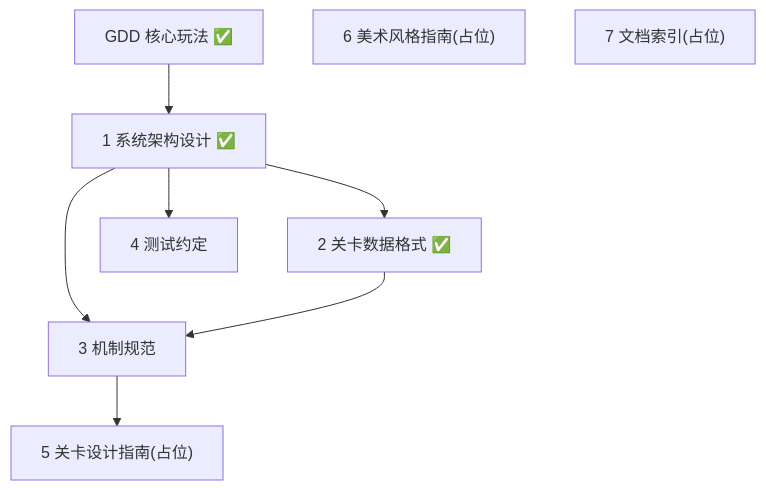
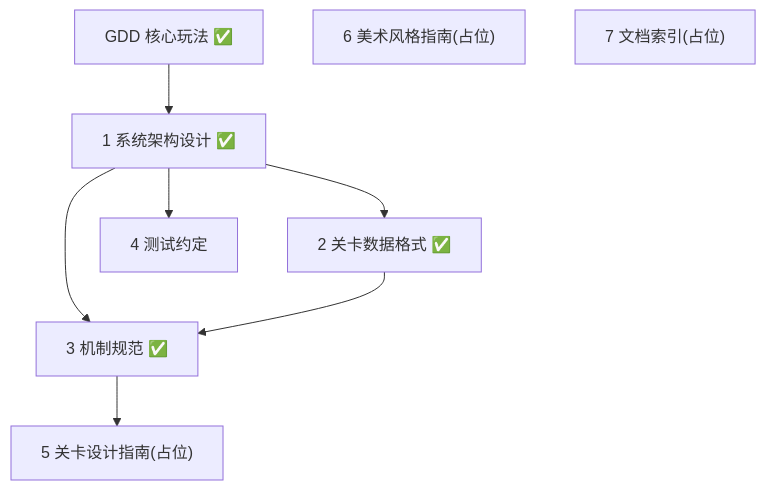
One commit to earneet/monk changed the diagram in docs/superpowers/plans/2026-07-08-documentation-roadmap.md. Above: the diagram before and after it, drawn with Mermaid. The commit also changed other lines of this file, not shown here.

First line of the commit message:
docs: roadmap 标记 Task 3 机制规范完成

````diff
--- a/docs/superpowers/plans/2026-07-08-documentation-roadmap.md
+++ b/docs/superpowers/plans/2026-07-08-documentation-roadmap.md
@@ -40,11 +40,11 @@
 ```mermaid
 flowchart TD
     GDD["GDD 核心玩法 ✅"] --> ARCH["1 系统架构设计 ✅"]
     ARCH --> DATA["2 关卡数据格式 ✅"]
-    ARCH --> MECH["3 机制规范"]
+    ARCH --> MECH["3 机制规范 ✅"]
     DATA --> MECH
     ARCH --> TEST["4 测试约定"]
     MECH --> LVL["5 关卡设计指南(占位)"]
     ART["6 美术风格指南(占位)"]
     IDX["7 文档索引(占位)"]
 ```
````
